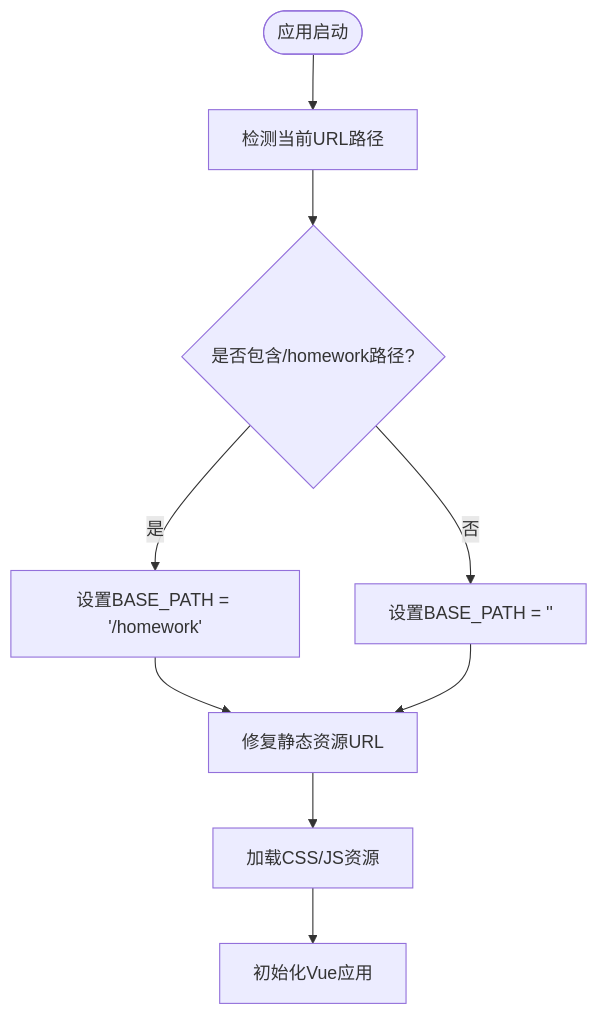
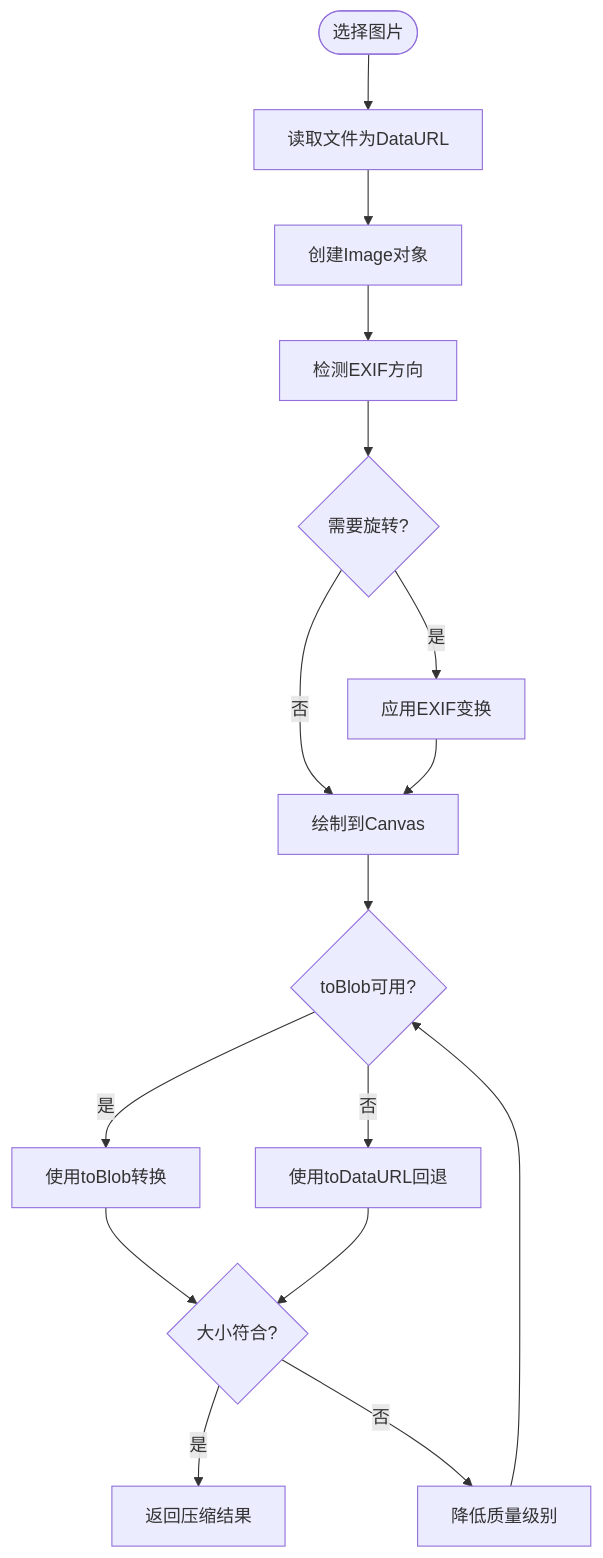
Before and after one commit to onebody/homework: the sixth of 16 diagrams in .qoder/repowiki/zh/content/暑假作业打卡系统/前端应用设计/学生端应用.md, drawn with Mermaid. The commit also changed other lines of this file and 35 other files, not shown here.

````diff
--- a/.qoder/repowiki/zh/content/暑假作业打卡系统/前端应用设计/学生端应用.md
+++ b/.qoder/repowiki/zh/content/暑假作业打卡系统/前端应用设计/学生端应用.md
@@ -276,11 +365,18 @@
 ```mermaid
 flowchart TD
-Start(["应用启动"]) --> DetectPath["检测当前URL路径"]
-DetectPath --> CheckHomework{"是否包含/homework路径?"}
-CheckHomework -- 是 --> SetBasePath["设置BASE_PATH = '/homework'"]
-CheckHomework -- 否 --> SetEmptyPath["设置BASE_PATH = ''"]
-SetBasePath --> FixUrls["修复静态资源URL"]
-SetEmptyPath --> FixUrls
-FixUrls --> LoadResources["加载CSS/JS资源"]
-LoadResources --> InitApp["初始化Vue应用"]
+Start(["选择图片"]) --> ReadFile["读取文件为DataURL"]
+ReadFile --> CreateImg["创建Image对象"]
+CreateImg --> GetExif["检测EXIF方向"]
+GetExif --> Rotate{"需要旋转?"}
+Rotate -- 是 --> ApplyOrient["应用EXIF变换"]
+Rotate -- 否 --> DrawCanvas["绘制到Canvas"]
+ApplyOrient --> DrawCanvas
+DrawCanvas --> ToBlob{"toBlob可用?"}
+ToBlob -- 是 --> UseToBlob["使用toBlob转换"]
+ToBlob -- 否 --> UseDataURL["使用toDataURL回退"]
+UseToBlob --> CheckSize{"大小符合?"}
+UseDataURL --> CheckSize
+CheckSize -- 是 --> Success["返回压缩结果"]
+CheckSize -- 否 --> NextQuality["降低质量级别"]
+NextQuality --> ToBlob
 ```
````
